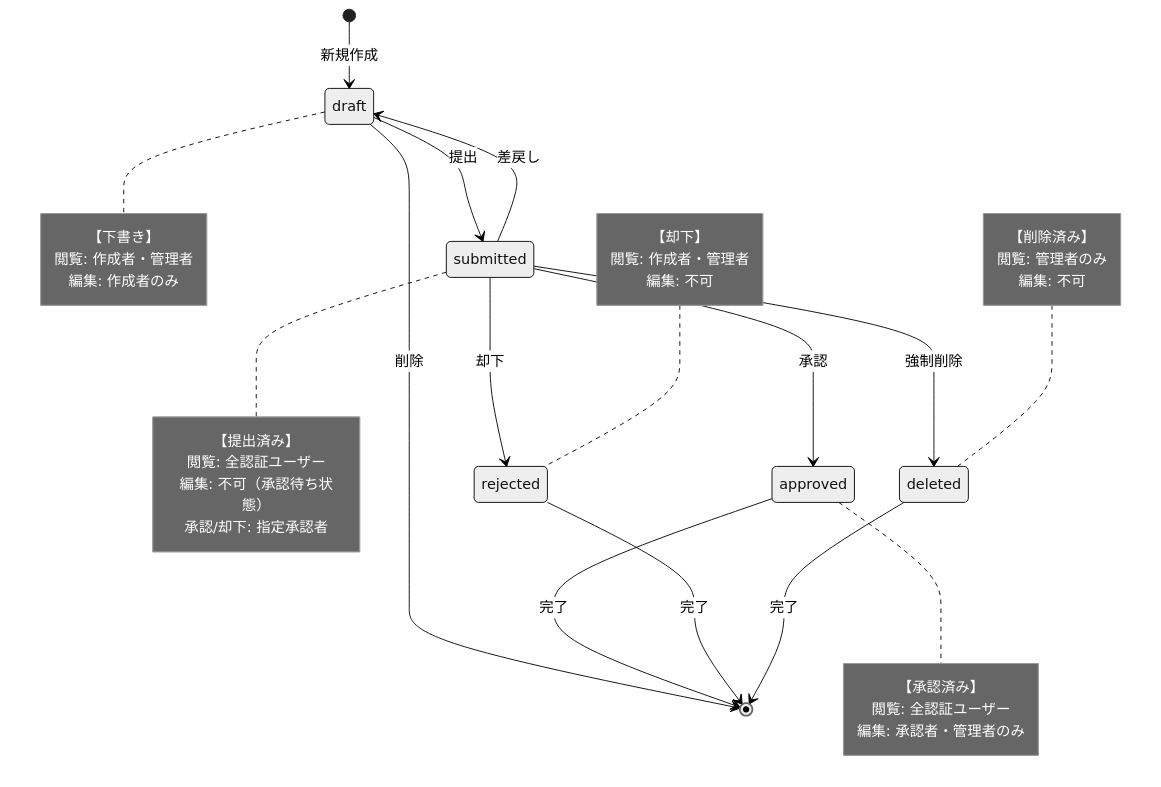
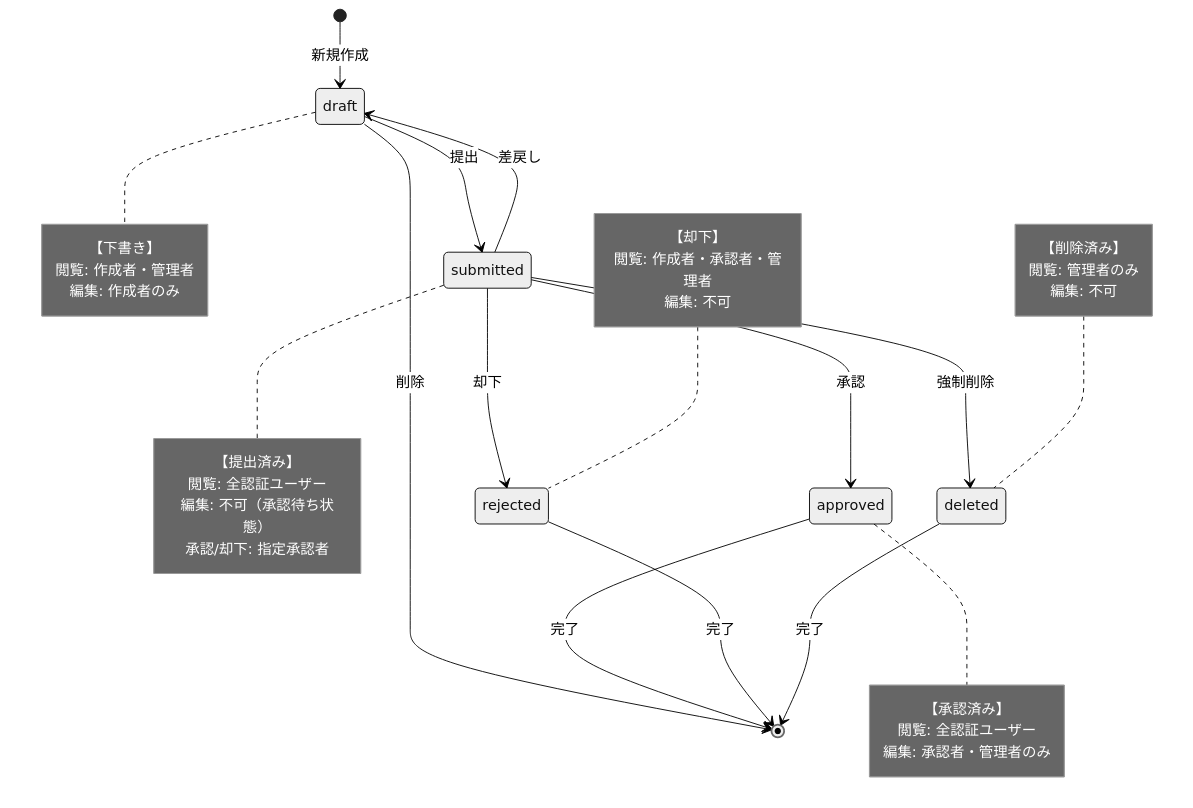
The diagram in .tmp/revision_workflow.md (ekrsw/knowledge_app), drawn with Mermaid (neutral theme) before and after one commit. The commit also changed other lines of this file and 4 other files, not shown here.

````diff
--- a/.tmp/revision_workflow.md
+++ b/.tmp/revision_workflow.md
@@ -5,49 +5,49 @@
 ```mermaid
 stateDiagram-v2
     %% 状態定義
     [*] --> draft: 新規作成
     
     %% 状態遷移
     draft --> submitted: 提出
     submitted --> approved: 承認
     submitted --> rejected: 却下  
     submitted --> draft: 差戻し
     submitted --> deleted: 強制削除
     draft --> [*]: 削除
     
     approved --> [*]: 完了
     rejected --> [*]: 完了
     deleted --> [*]: 完了
 
     %% 状態の説明
     note right of draft
         【下書き】
         閲覧: 作成者・管理者
         編集: 作成者のみ
     end note
     
     note right of submitted
         【提出済み】
         閲覧: 全認証ユーザー
         編集: 不可（承認待ち状態）
         承認/却下: 指定承認者
     end note
     
     note right of approved
         【承認済み】
         閲覧: 全認証ユーザー
         編集: 承認者・管理者のみ
     end note
     
     note left of rejected
         【却下】
-        閲覧: 作成者・管理者
+        閲覧: 作成者・承認者・管理者
         編集: 不可
     end note
     
     note left of deleted
         【削除済み】
         閲覧: 管理者のみ
         編集: 不可
     end note
 ```
````
